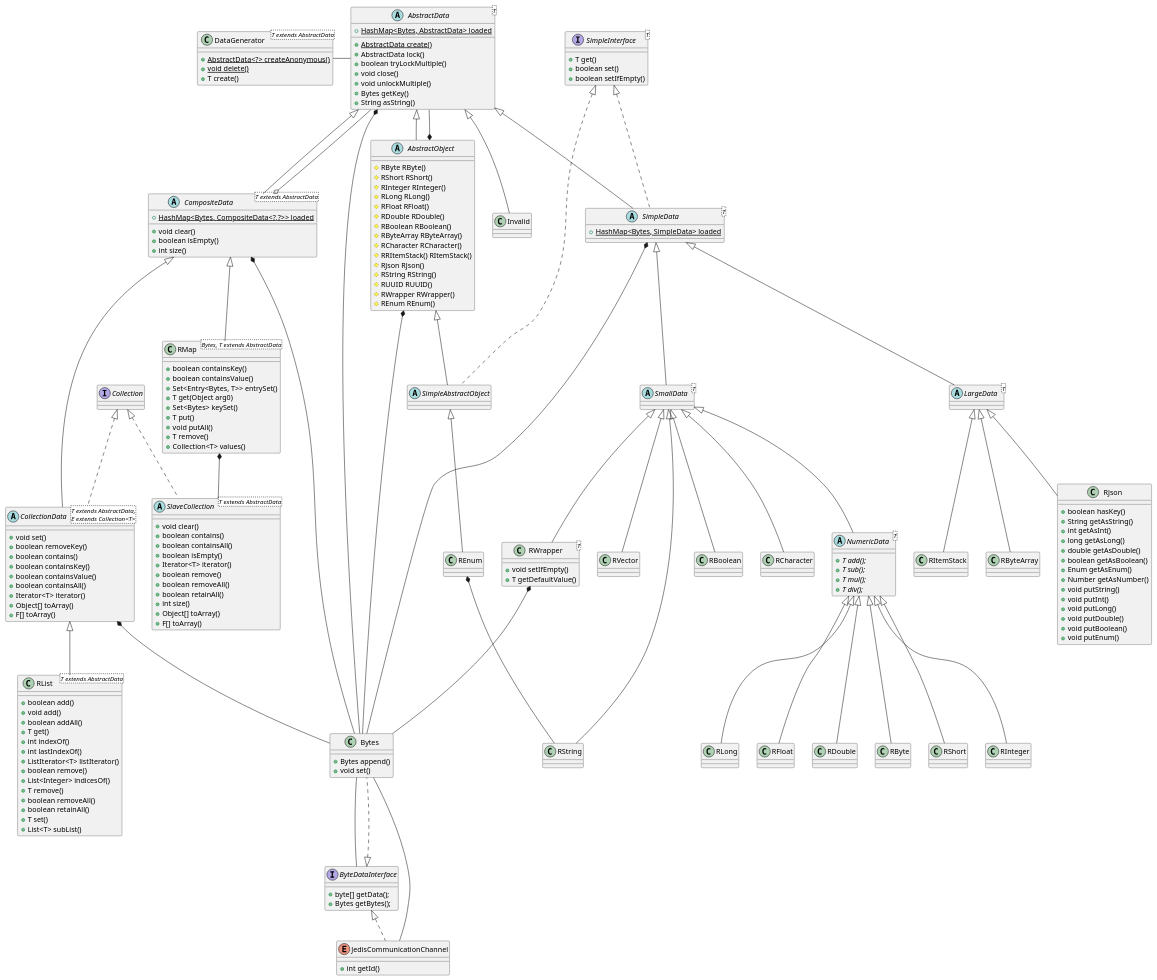
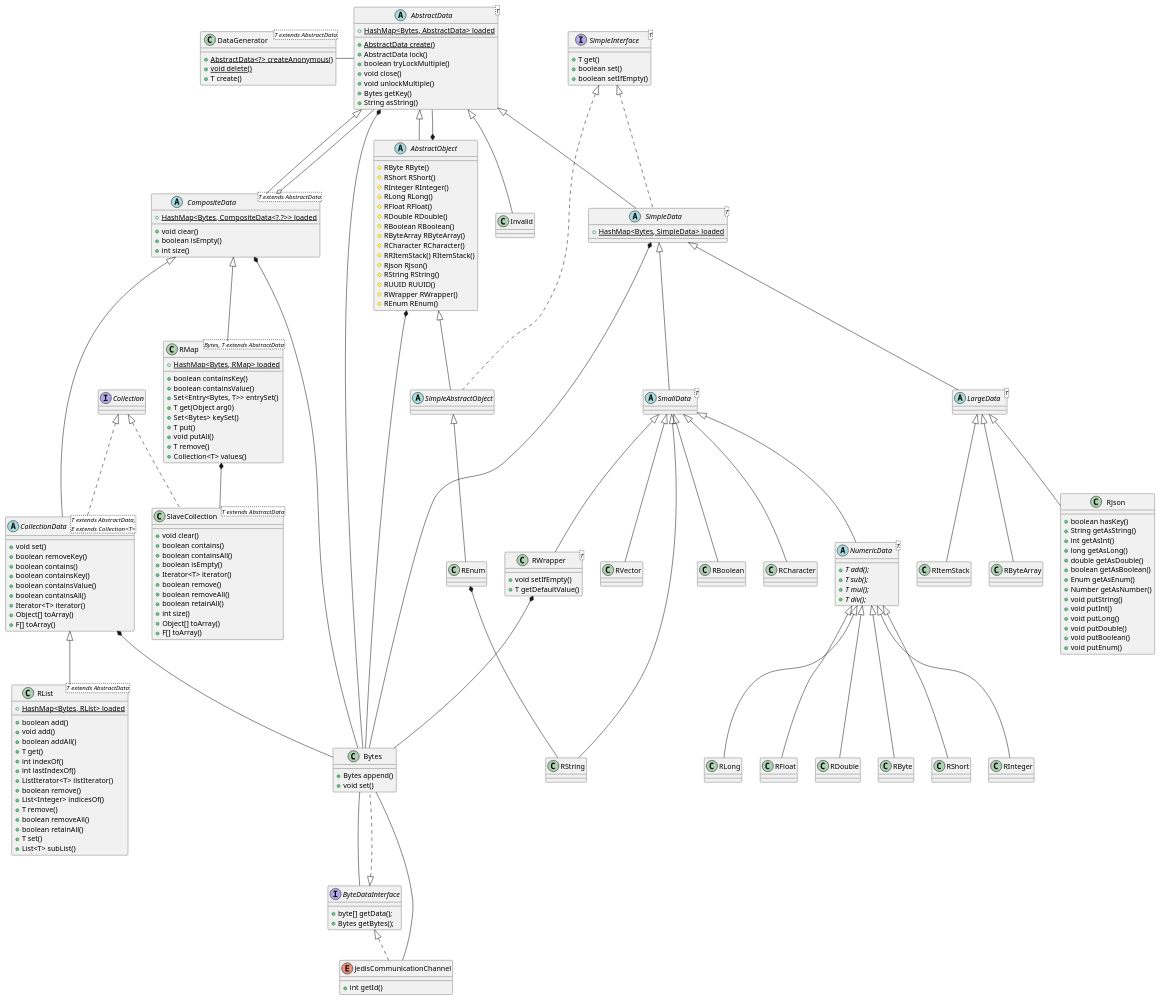
The diagram in DataTypes.puml (chrisb09/firecord), drawn with PlantUML before and after one commit. The commit also changed 1 other file, not shown here.

Commit message:
slight fixes to DataType diagram

```diff
--- a/DataTypes.puml
+++ b/DataTypes.puml
@@ -149,6 +149,7 @@
 }
 
 class RList <T extends AbstractData> extends CollectionData {
+    + {static} HashMap<Bytes, RList> loaded
     + boolean add()
     + void add()
     + boolean addAll()
@@ -167,6 +168,7 @@
 }
 
 class RMap <Bytes, T extends AbstractData> extends CompositeData {
+    + {static} HashMap<Bytes, RMap> loaded
     + boolean containsKey()
     + boolean containsValue()
     + Set<Entry<Bytes, T>> entrySet()
@@ -181,7 +183,7 @@
 RMap *-- SlaveCollection
 
 
-abstract SlaveCollection <T extends AbstractData> implements Collection {
+class SlaveCollection <T extends AbstractData> implements Collection {
     + void clear()
     + boolean contains()
     + boolean containsAll()
```
